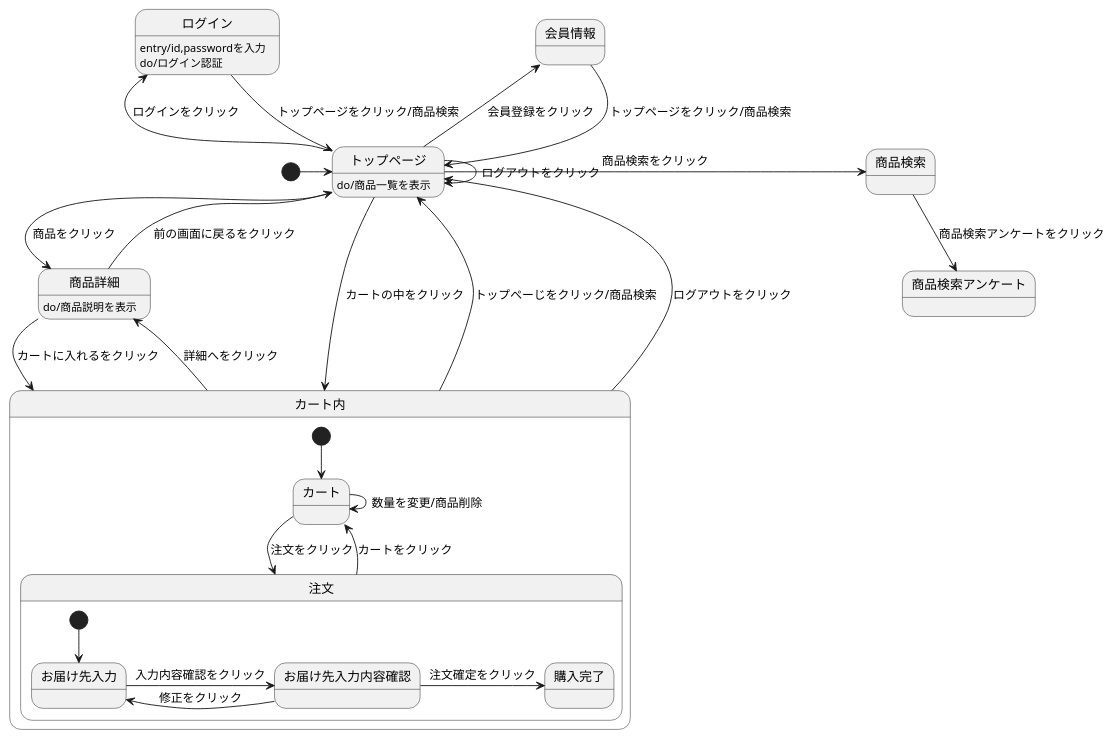
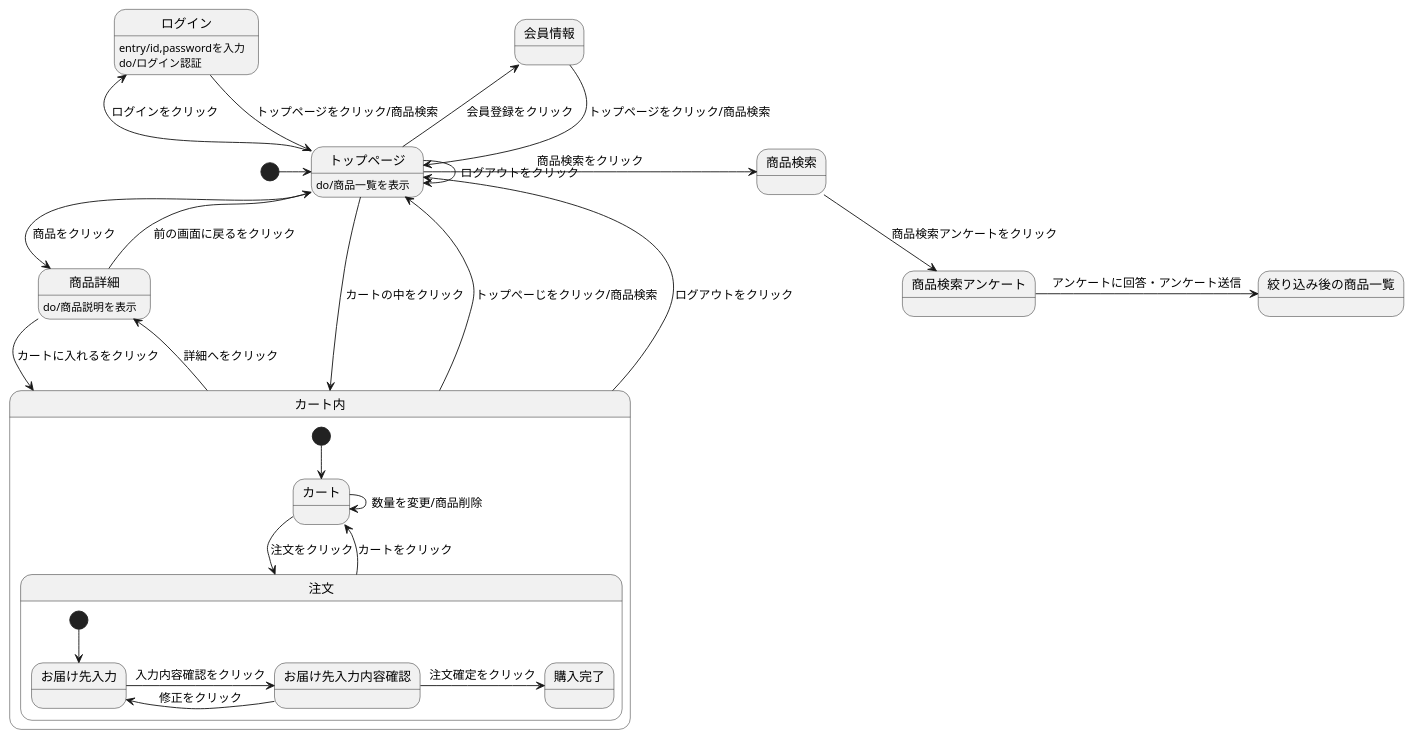
Before and after one commit to aso2001362/2021sys-design: the diagram in md/mysite_gamenseni.md, drawn with PlantUML.

````diff
--- a/md/mysite_gamenseni.md
+++ b/md/mysite_gamenseni.md
@@ -1,36 +1,37 @@
 ```uml
 @startuml
 [*] -> トップページ
 会員情報 --> トップページ : トップページをクリック/商品検索
 ログイン --> トップページ : トップページをクリック/商品検索
 ログイン : entry/id,passwordを入力
 ログイン : do/ログイン認証
 トップページ --> トップページ : ログアウトをクリック
 トップページ -> 商品検索 : 商品検索をクリック
 商品検索 --> 商品検索アンケート : 商品検索アンケートをクリック
+商品検索アンケート -> 絞り込み後の商品一覧 : アンケートに回答・アンケート送信
 トップページ -> 商品詳細 : 商品をクリック
 トップページ -left-> 会員情報 : 会員登録をクリック
 トップページ -left-> ログイン : ログインをクリック
 トップページ --> カート内 : カートの中をクリック
 トップページ : do/商品一覧を表示
 商品詳細 --> カート内 : カートに入れるをクリック
 商品詳細 --> トップページ : 前の画面に戻るをクリック
 商品詳細 : do/商品説明を表示
 カート内 -up-> トップページ : トップぺーじをクリック/商品検索
 カート内 -up-> トップページ : ログアウトをクリック
 カート内 ->商品詳細 : 詳細へをクリック
   
 state カート内{
  [*] -->カート
  カート -> 注文 : 注文をクリック
  カート -> カート : 数量を変更/商品削除
  注文 --> カート : カートをクリック
  state 注文{
   [*] --> お届け先入力
   お届け先入力 -> お届け先入力内容確認 : 入力内容確認をクリック
   お届け先入力内容確認 -> お届け先入力 : 修正をクリック
   お届け先入力内容確認 -> 購入完了 : 注文確定をクリック
   }
  }
 @enduml
 ```
````
